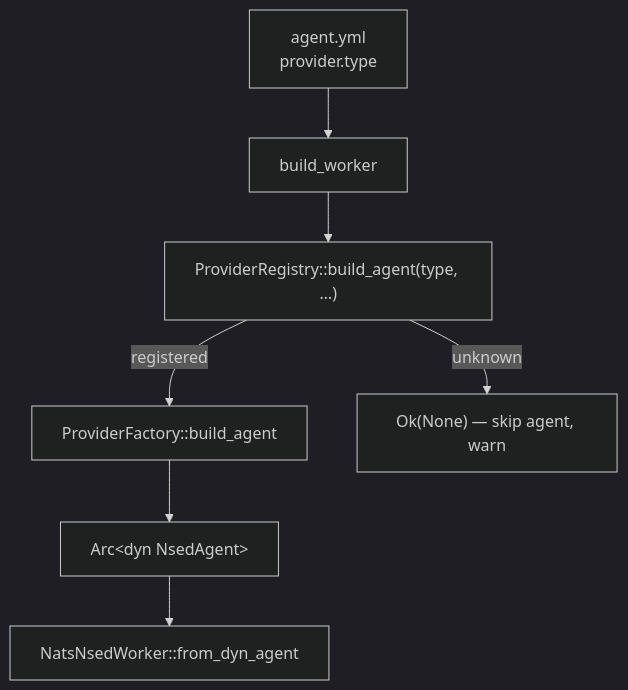
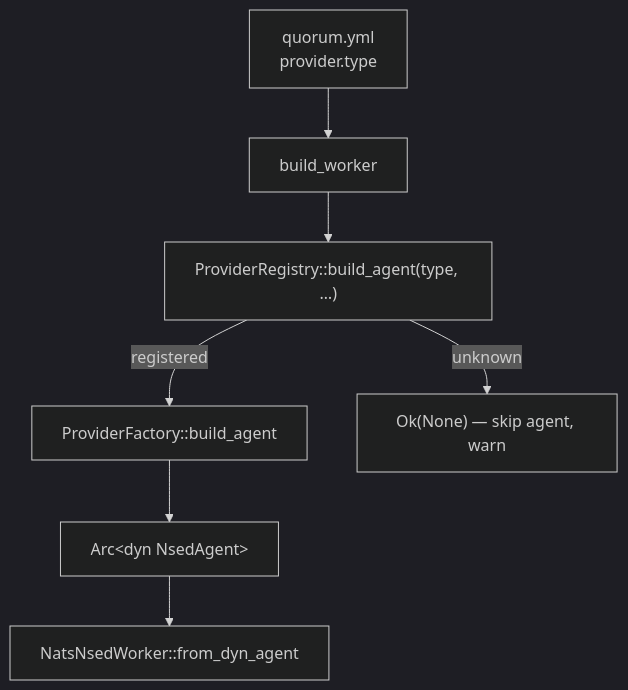
Before and after one commit to peeramid-labs/quorum-rs: the diagram in docs/explanation/provider-registry.md, drawn with Mermaid (dark theme). The commit also changed 15 other files, not shown here.

First line of the commit message:
docs: unify config references on single quorum.yml

````diff
--- a/docs/explanation/provider-registry.md
+++ b/docs/explanation/provider-registry.md
@@ -23,9 +23,9 @@
 ```mermaid
 flowchart TD
-    A["agent.yml<br/>provider.type"] --> B["build_worker"]
+    A["quorum.yml<br/>provider.type"] --> B["build_worker"]
     B --> C["ProviderRegistry::build_agent(type, …)"]
     C -->|registered| D["ProviderFactory::build_agent"]
     C -->|unknown| E["Ok(None) — skip agent, warn"]
     D --> F["Arc&lt;dyn NsedAgent&gt;"]
     F --> G["NatsNsedWorker::from_dyn_agent"]
 ```
````
